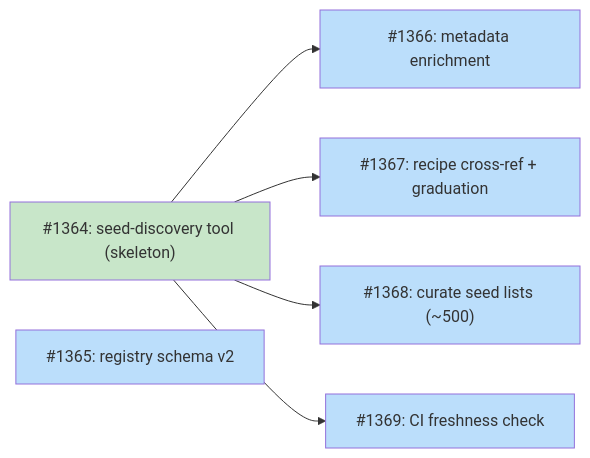
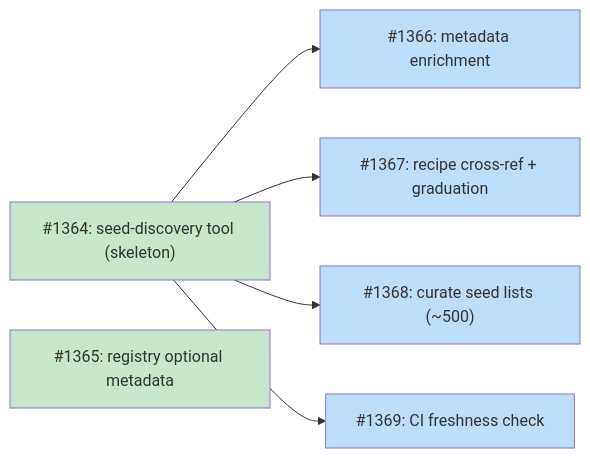
The diagram in docs/designs/DESIGN-discovery-registry-bootstrap.md (tsukumogami/tsuku), drawn with Mermaid before and after one commit. The commit also changed other lines of this file and 5 other files, not shown here.

First line of the commit message:
feat(discover): simplify registry schema by adding metadata fields in place (#1381)

````diff
--- a/docs/designs/DESIGN-discovery-registry-bootstrap.md
+++ b/docs/designs/DESIGN-discovery-registry-bootstrap.md
@@ -53,23 +52,22 @@
 ```mermaid
 graph LR
     I1364["#1364: seed-discovery tool (skeleton)"]
-    I1365["#1365: registry schema v2"]
+    I1365["#1365: registry optional metadata"]
     I1366["#1366: metadata enrichment"]
     I1367["#1367: recipe cross-ref + graduation"]
     I1368["#1368: curate seed lists (~500)"]
     I1369["#1369: CI freshness check"]
 
     I1364 --> I1366
     I1364 --> I1367
     I1364 --> I1368
     I1364 --> I1369
 
     classDef done fill:#c8e6c9
     classDef ready fill:#bbdefb
     classDef blocked fill:#fff9c4
     classDef needsDesign fill:#e1bee7
 
-    class I1364 done
-    class I1365 ready
+    class I1364,I1365 done
     class I1366,I1367,I1368,I1369 ready
 ```
````
